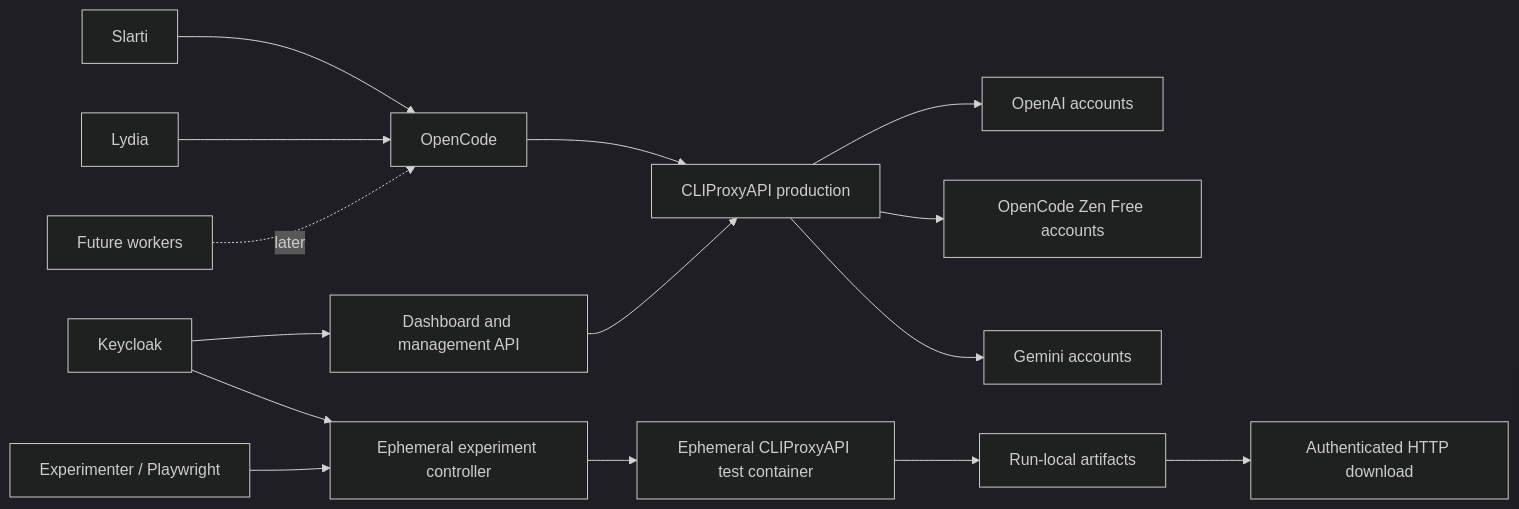
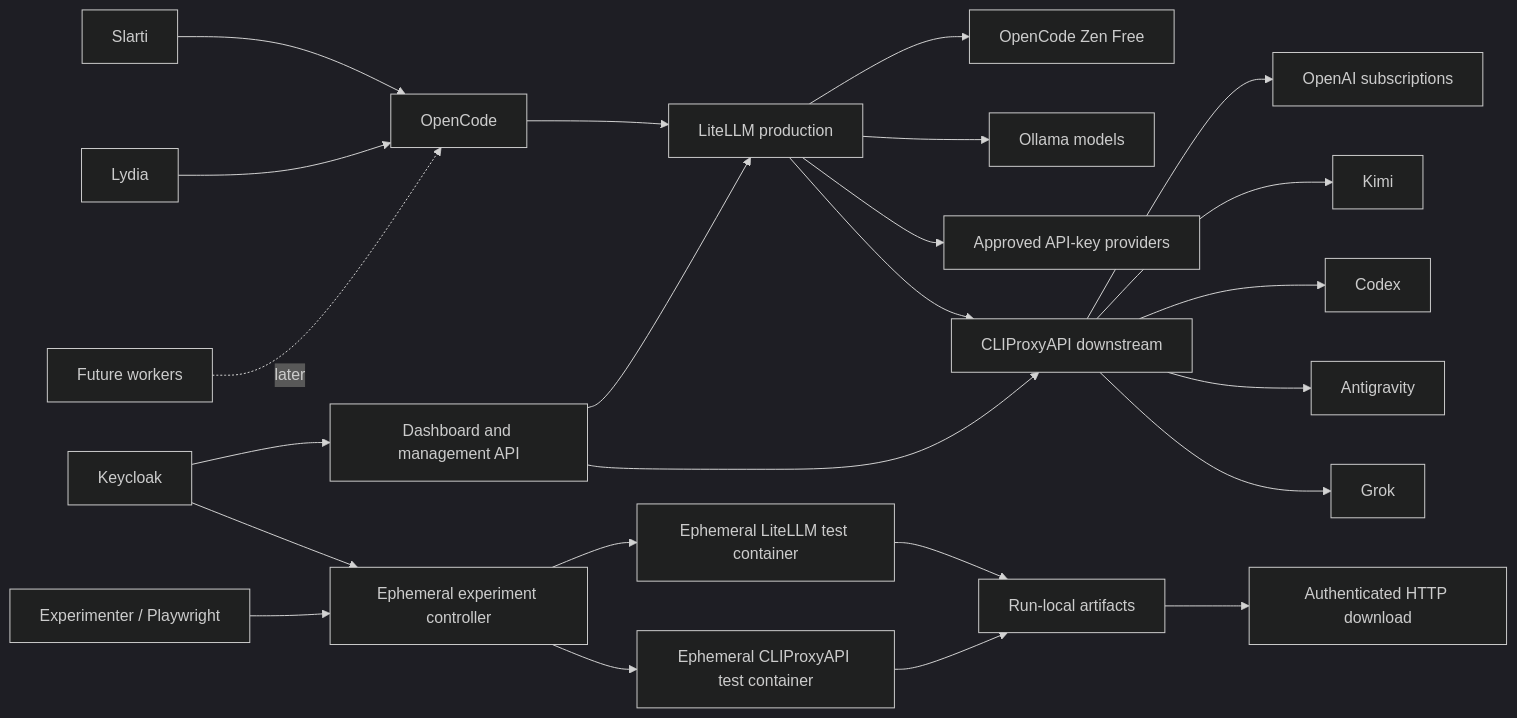
One commit to yeraziael/slartis-backlog changed the diagram in docs/epics/cliproxyapi/architecture.md. Above: the diagram before and after it, drawn with Mermaid (dark theme). The commit also changed other lines of this file and 13 other files, not shown here.

First line of the commit message:
docs: freeze LiteLLM frontdoor Plan-as-Code (#131)

````diff
--- a/docs/epics/cliproxyapi/architecture.md
+++ b/docs/epics/cliproxyapi/architecture.md
@@ -5,17 +7,26 @@
 ```mermaid
 flowchart LR
   S[Slarti] --> O[OpenCode]
   L[Lydia] --> O
   W[Future workers] -. later .-> O
-  O --> C[CLIProxyAPI production]
-  C --> OA[OpenAI accounts]
-  C --> Z[OpenCode Zen Free accounts]
-  C --> G[Gemini accounts]
+  O --> LLL[LiteLLM production]
+  LLL --> Z[OpenCode Zen Free]
+  LLL --> OL[Ollama models]
+  LLL --> A[Approved API-key providers]
+  LLL --> C[CLIProxyAPI downstream]
+  C --> OA[OpenAI subscriptions]
+  C --> KD[Kimi]
+  C --> CX[Codex]
+  C --> AG[Antigravity]
+  C --> GK[Grok]
   K[Keycloak] --> D[Dashboard and management API]
+  D --> LLL
   D --> C
   E[Experimenter / Playwright] --> X[Ephemeral experiment controller]
   K --> X
-  X --> T[Ephemeral CLIProxyAPI test container]
-  T --> A[Run-local artifacts]
-  A --> H[Authenticated HTTP download]
+  X --> LT[Ephemeral LiteLLM test container]
+  X --> CT[Ephemeral CLIProxyAPI test container]
+  LT --> A1[Run-local artifacts]
+  CT --> A1
+  A1 --> H[Authenticated HTTP download]
 ```
````
